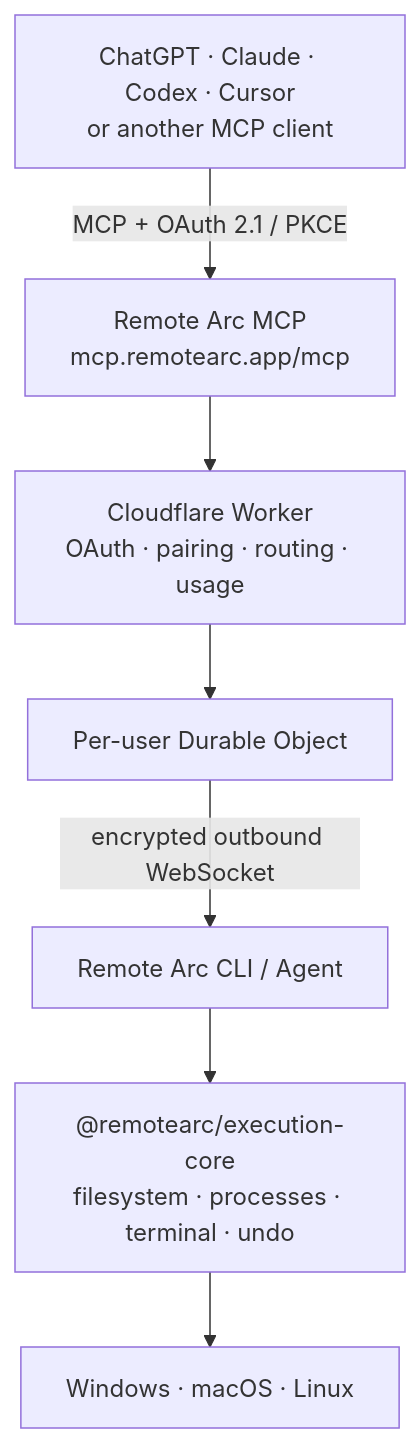
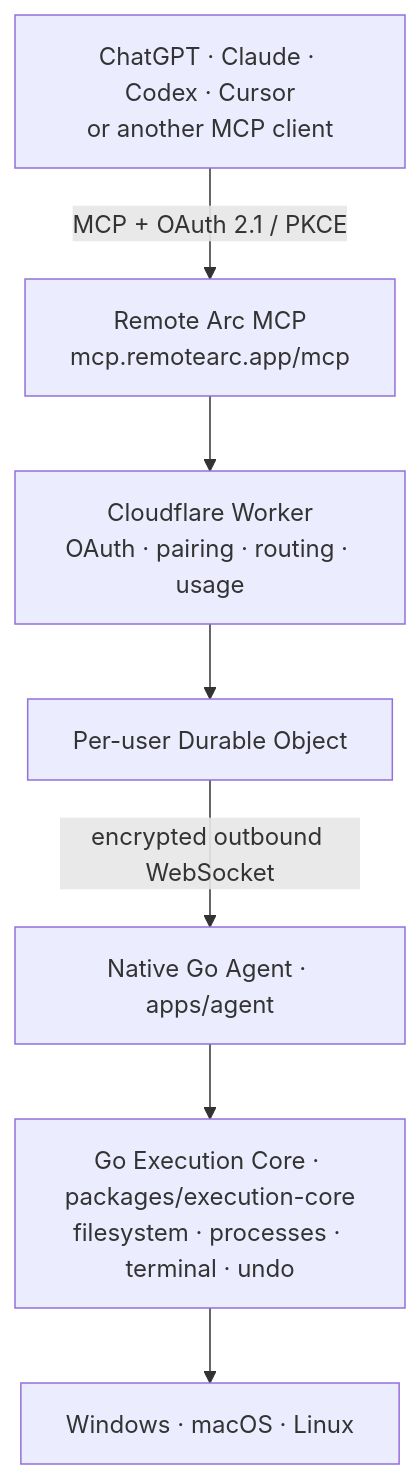
The second of 2 diagrams in README.md (yaohuangguan/remote-arc), drawn with Mermaid before and after one commit. The commit also changed other lines of this file and 167 other files, not shown here.

Commit message:
feat: make native Go Agent and Execution Core the default in 0.6.0

````diff
--- a/README.md
+++ b/README.md
@@ -67,17 +97,17 @@
 ```mermaid
 flowchart TD
     AI["ChatGPT · Claude · Codex · Cursor<br/>or another MCP client"]
     MCP["Remote Arc MCP<br/>mcp.remotearc.app/mcp"]
     CF["Cloudflare Worker<br/>OAuth · pairing · routing · usage"]
     DO["Per-user Durable Object"]
-    AGENT["Remote Arc CLI / Agent"]
-    CORE["@remotearc/execution-core<br/>filesystem · processes · terminal · undo"]
+    AGENT["Native Go Agent · apps/agent"]
+    CORE["Go Execution Core · packages/execution-core<br/>filesystem · processes · terminal · undo"]
     DEVICE["Windows · macOS · Linux"]
 
     AI -->|"MCP + OAuth 2.1 / PKCE"| MCP
     MCP --> CF
     CF --> DO
     DO -->|"encrypted outbound WebSocket"| AGENT
     AGENT --> CORE
     CORE --> DEVICE
 ```
````
